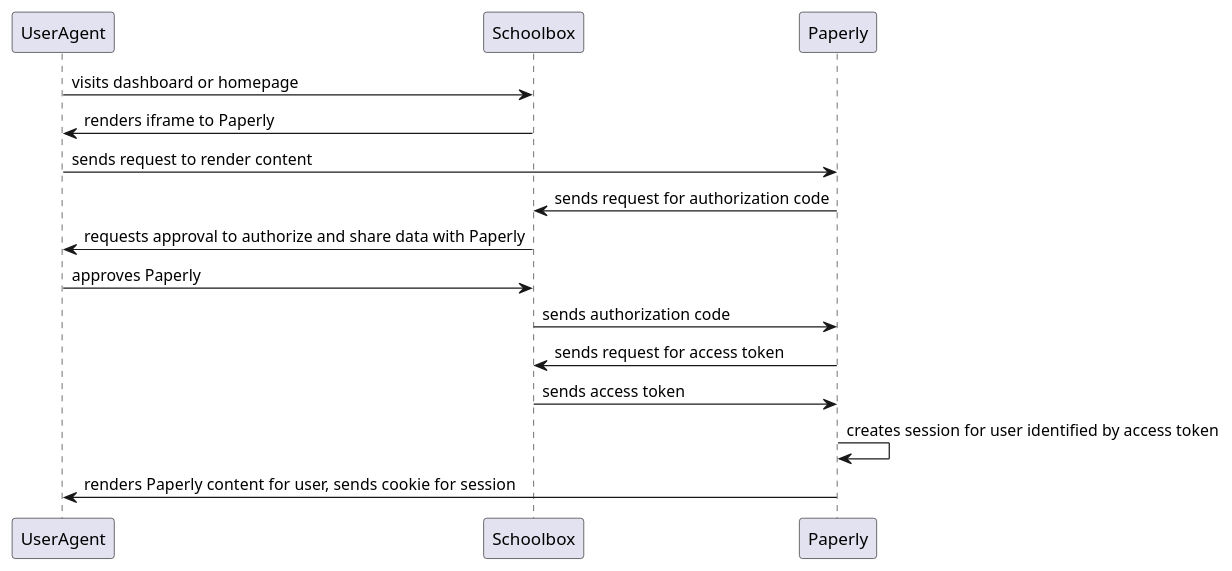
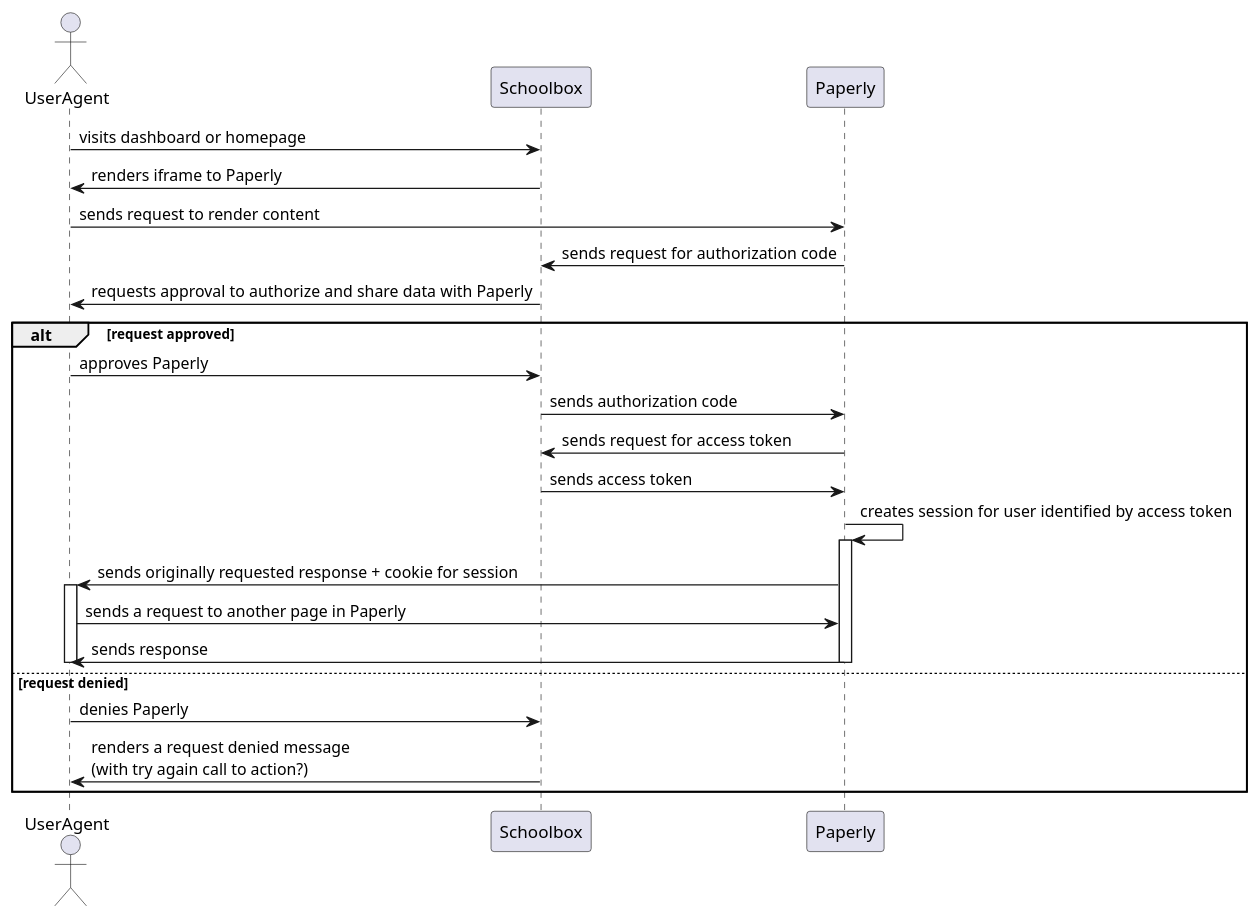
One commit to juliaattrevisan/schoolbox-api-docs changed the diagram in library/Schoolbox/Oidc/Provider/component.plantuml. Above: the diagram before and after it, drawn with PlantUML.

Commit message:
Add request approved/denied steps [SA-17368]

```diff
--- a/library/Schoolbox/Oidc/Provider/component.plantuml
+++ b/library/Schoolbox/Oidc/Provider/component.plantuml
@@ -1,16 +1,32 @@
 @startuml
 'https://plantuml.com/sequence-diagram
+
+actor UserAgent
 
 UserAgent -> Schoolbox : visits dashboard or homepage
 Schoolbox -> UserAgent : renders iframe to Paperly
 UserAgent -> Paperly : sends request to render content
 Paperly -> Schoolbox : sends request for authorization code
 Schoolbox -> UserAgent : requests approval to authorize and share data with Paperly
-UserAgent -> Schoolbox : approves Paperly
-Schoolbox -> Paperly : sends authorization code
-Paperly -> Schoolbox : sends request for access token
-Schoolbox -> Paperly : sends access token
-Paperly -> Paperly : creates session for user identified by access token
-Paperly -> UserAgent : renders Paperly content for user, sends cookie for session
+
+alt request approved
+    UserAgent -> Schoolbox : approves Paperly
+    Schoolbox -> Paperly : sends authorization code
+    Paperly -> Schoolbox : sends request for access token
+    Schoolbox -> Paperly : sends access token
+    Paperly -> Paperly : creates session for user identified by access token
+    activate Paperly
+    Paperly -> UserAgent : sends originally requested response + cookie for session
+    activate UserAgent
+
+    UserAgent -> Paperly : sends a request to another page in Paperly
+    Paperly -> UserAgent : sends response
+
+    deactivate UserAgent
+    deactivate Paperly
+else request denied
+    UserAgent -> Schoolbox : denies Paperly
+    Schoolbox -> UserAgent : renders a request denied message\n(with try again call to action?)
+end
 
 @enduml
```
